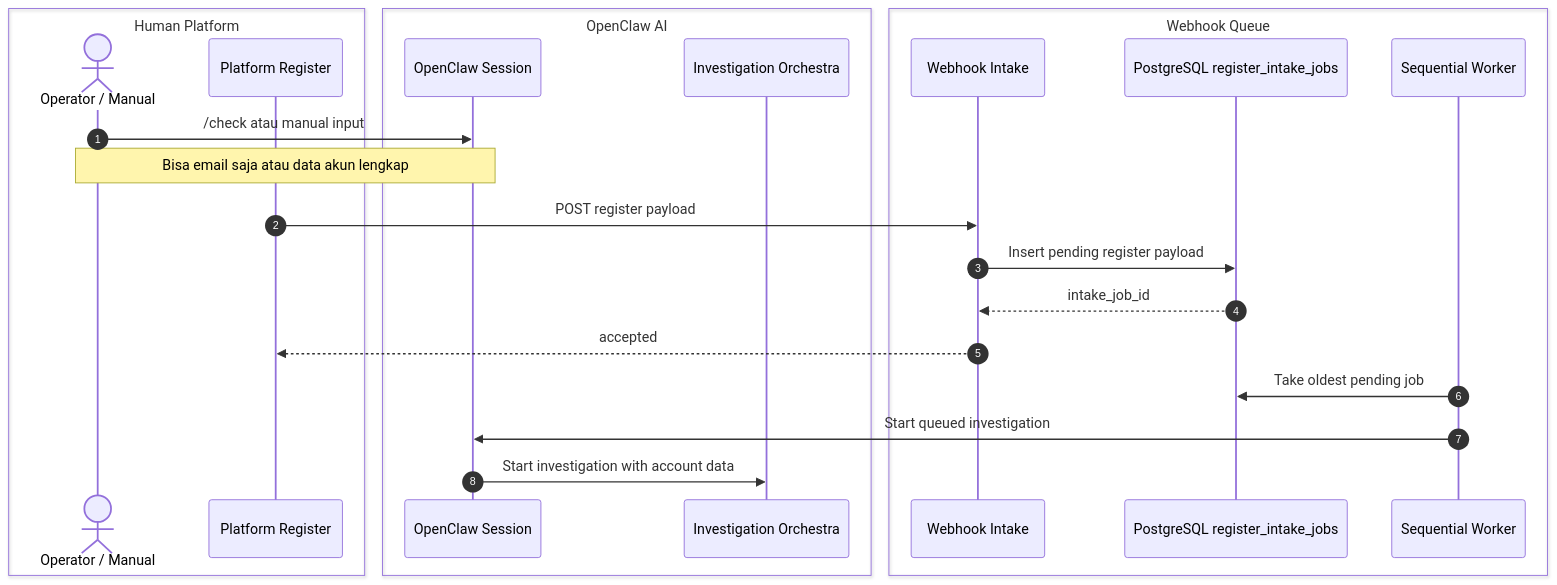
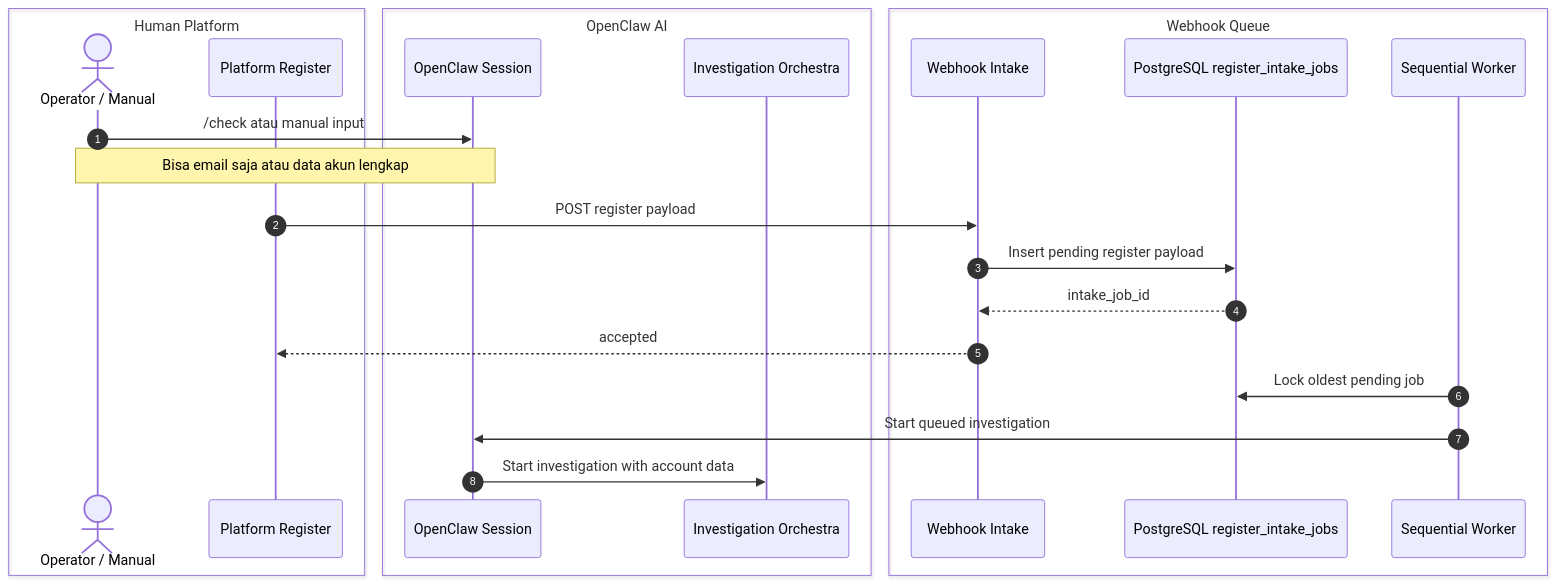
The third of 8 diagrams in docs/technical/FLOW_MAP.md (nunutech40/company-detector-bot), drawn with Mermaid before and after one commit. The commit also changed other lines of this file and 1 other file, not shown here.

Commit message:
fix webhook digest sequence arrows

````diff
--- a/docs/technical/FLOW_MAP.md
+++ b/docs/technical/FLOW_MAP.md
@@ -229,29 +229,29 @@
 ```mermaid
 sequenceDiagram
   autonumber
   box Human Platform
     actor Operator as Operator / Manual
     participant Platform as Platform Register
   end
 
   box OpenClaw AI
     participant Session as OpenClaw Session
     participant Orchestra as Investigation Orchestra
   end
 
   box Webhook Queue
     participant Webhook as Webhook Intake
-    participant Queue as PostgreSQL register_intake_jobs
+    participant IntakeDB as PostgreSQL register_intake_jobs
     participant Worker as Sequential Worker
   end
 
   Operator->>Session: /check atau manual input
   Note over Operator,Session: Bisa email saja atau data akun lengkap
   Platform->>Webhook: POST register payload
-  Webhook->>Queue: Insert pending register payload
-  Queue-->>Webhook: intake_job_id
+  Webhook->>IntakeDB: Insert pending register payload
+  IntakeDB-->>Webhook: intake_job_id
   Webhook-->>Platform: accepted
-  Worker->>Queue: Take oldest pending job
+  Worker->>IntakeDB: Lock oldest pending job
   Worker->>Session: Start queued investigation
   Session->>Orchestra: Start investigation with account data
 ```
````
